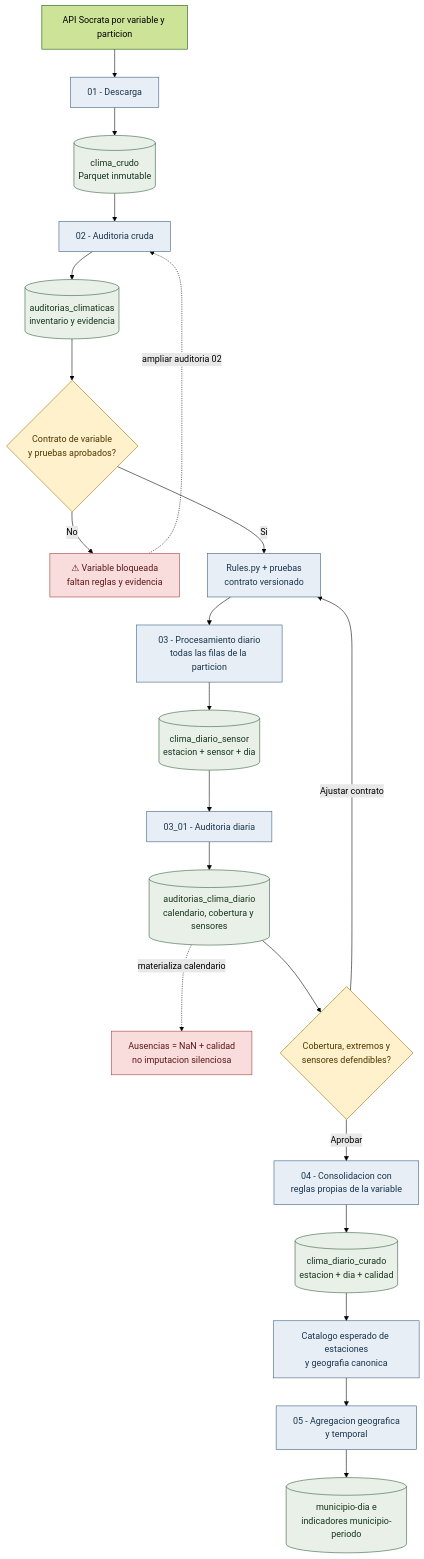
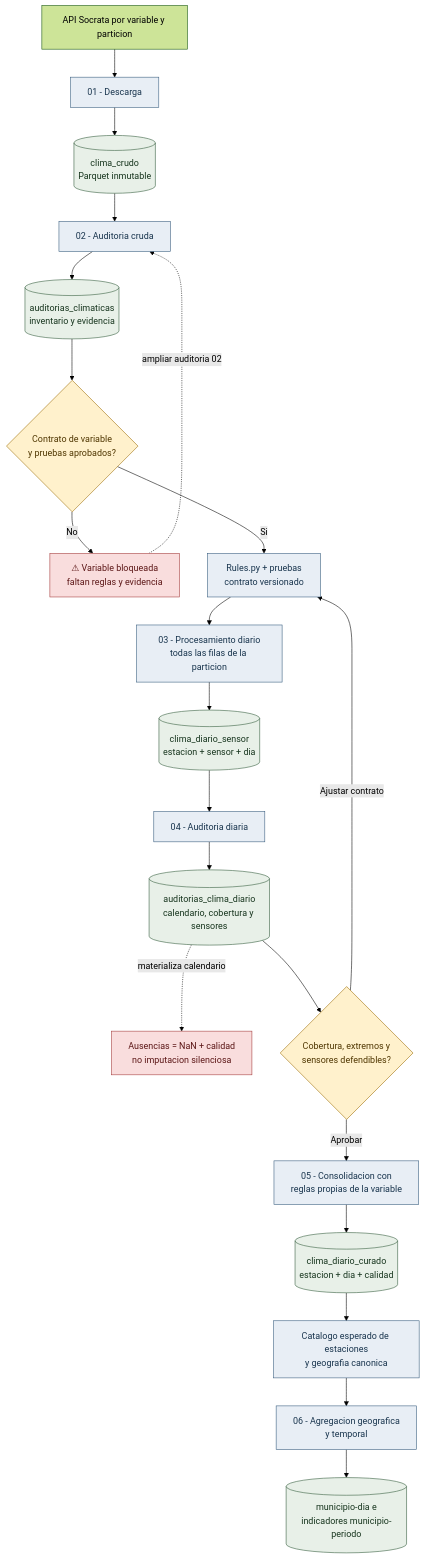
One commit to cybercolombia/suelosabio changed the diagram in docs/climate_pipeline_guide.md. Above: the diagram before and after it, drawn with Mermaid (forest theme). The commit also changed other lines of this file and 29 other files, not shown here.

````diff
--- a/docs/climate_pipeline_guide.md
+++ b/docs/climate_pipeline_guide.md
@@ -17,41 +17,41 @@
 ```mermaid
 flowchart TD
     API[API Socrata por variable y particion]
     P01[01 - Descarga]
     RAW[(clima_crudo<br/>Parquet inmutable)]
     P02[02 - Auditoria cruda]
     AUDIT_RAW[(auditorias_climaticas<br/>inventario y evidencia)]
     GATE_RULES{Contrato de variable<br/>y pruebas aprobados?}
     BLOCKED[⚠ Variable bloqueada<br/>faltan reglas y evidencia]
     RULES[Rules.py + pruebas<br/>contrato versionado]
     P03[03 - Procesamiento diario<br/>todas las filas de la particion]
     DAILY_SENSOR[(clima_diario_sensor<br/>estacion + sensor + dia)]
-    P0301[03_01 - Auditoria diaria]
+    P04[04 - Auditoria diaria]
     AUDIT_DAILY[(auditorias_clima_diario<br/>calendario, cobertura y sensores)]
     MISSING[Ausencias = NaN + calidad<br/>no imputacion silenciosa]
     GATE_DAILY{Cobertura, extremos y<br/>sensores defendibles?}
-    P04[04 - Consolidacion con<br/>reglas propias de la variable]
+    P05[05 - Consolidacion con<br/>reglas propias de la variable]
     CURATED[(clima_diario_curado<br/>estacion + dia + calidad)]
     GEO[Catalogo esperado de estaciones<br/>y geografia canonica]
-    P05[05 - Agregacion geografica<br/>y temporal]
+    P06[06 - Agregacion geografica<br/>y temporal]
     FEATURES[(municipio-dia e<br/>indicadores municipio-periodo)]
 
     API --> P01 --> RAW --> P02 --> AUDIT_RAW --> GATE_RULES
     GATE_RULES -- No --> BLOCKED
     BLOCKED -. ampliar auditoria 02 .-> P02
-    GATE_RULES -- Si --> RULES --> P03 --> DAILY_SENSOR --> P0301
-    P0301 --> AUDIT_DAILY --> GATE_DAILY
+    GATE_RULES -- Si --> RULES --> P03 --> DAILY_SENSOR --> P04
+    P04 --> AUDIT_DAILY --> GATE_DAILY
     AUDIT_DAILY -. materializa calendario .-> MISSING
     GATE_DAILY -- Ajustar contrato --> RULES
-    GATE_DAILY -- Aprobar --> P04 --> CURATED
-    CURATED --> GEO --> P05 --> FEATURES
+    GATE_DAILY -- Aprobar --> P05 --> CURATED
+    CURATED --> GEO --> P06 --> FEATURES
 
     classDef data fill:#e8f0e8,stroke:#315a3b,color:#17351e;
     classDef process fill:#e8eef5,stroke:#365b7d,color:#18344d;
     classDef gate fill:#fff1cc,stroke:#9b6a00,color:#4f3600;
     classDef blocked fill:#f9dddd,stroke:#a33b3b,color:#5c1717;
     class RAW,AUDIT_RAW,DAILY_SENSOR,AUDIT_DAILY,CURATED,FEATURES data;
-    class P01,P02,RULES,P03,P0301,P04,GEO,P05 process;
+    class P01,P02,RULES,P03,P04,P05,GEO,P06 process;
     class GATE_RULES,GATE_DAILY gate;
     class BLOCKED,MISSING blocked;
 ```
````
